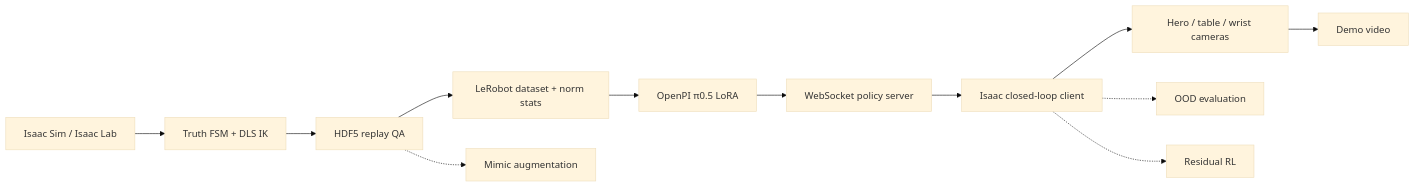
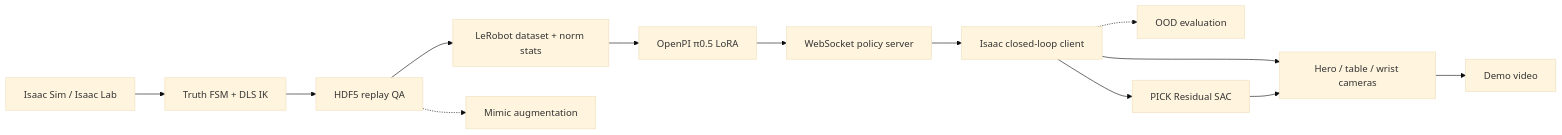
The diagram in README.md (Erictianyufan/vla-tidybench), drawn with Mermaid (base theme) before and after one commit. The commit also changed other lines of this file and 21 other files, not shown here.

Commit message:
Add PICK residual SAC experiment and YCB scene

````diff
--- a/README.md
+++ b/README.md
@@ -27,14 +27,15 @@
 ```mermaid
 flowchart LR
     A["Isaac Sim / Isaac Lab"] --> B["Truth FSM + DLS IK"]
     B --> C["HDF5 replay QA"]
     C --> D["LeRobot dataset + norm stats"]
     D --> E["OpenPI π0.5 LoRA"]
     E --> F["WebSocket policy server"]
     F --> G["Isaac closed-loop client"]
     G --> H["Hero / table / wrist cameras"]
     H --> I["Demo video"]
     C -.-> J["Mimic augmentation"]
     G -.-> K["OOD evaluation"]
-    G -.-> L["Residual RL"]
+    G --> L["PICK Residual SAC"]
+    L --> H
 ```
````
